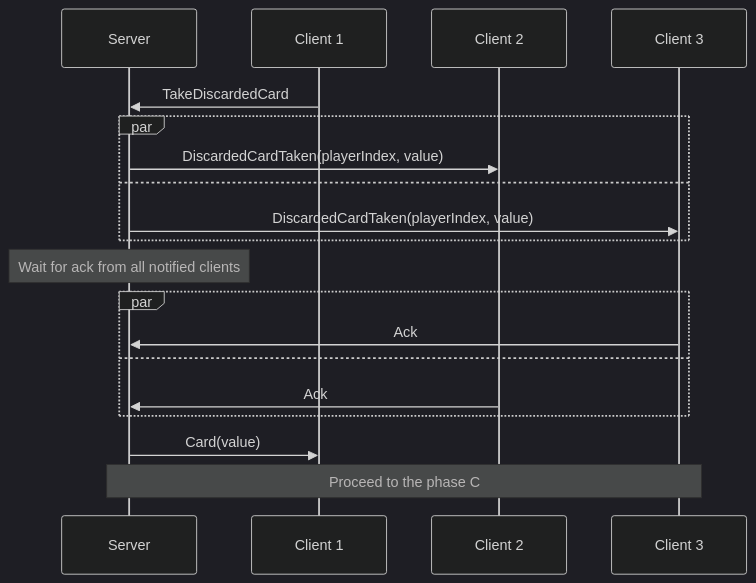
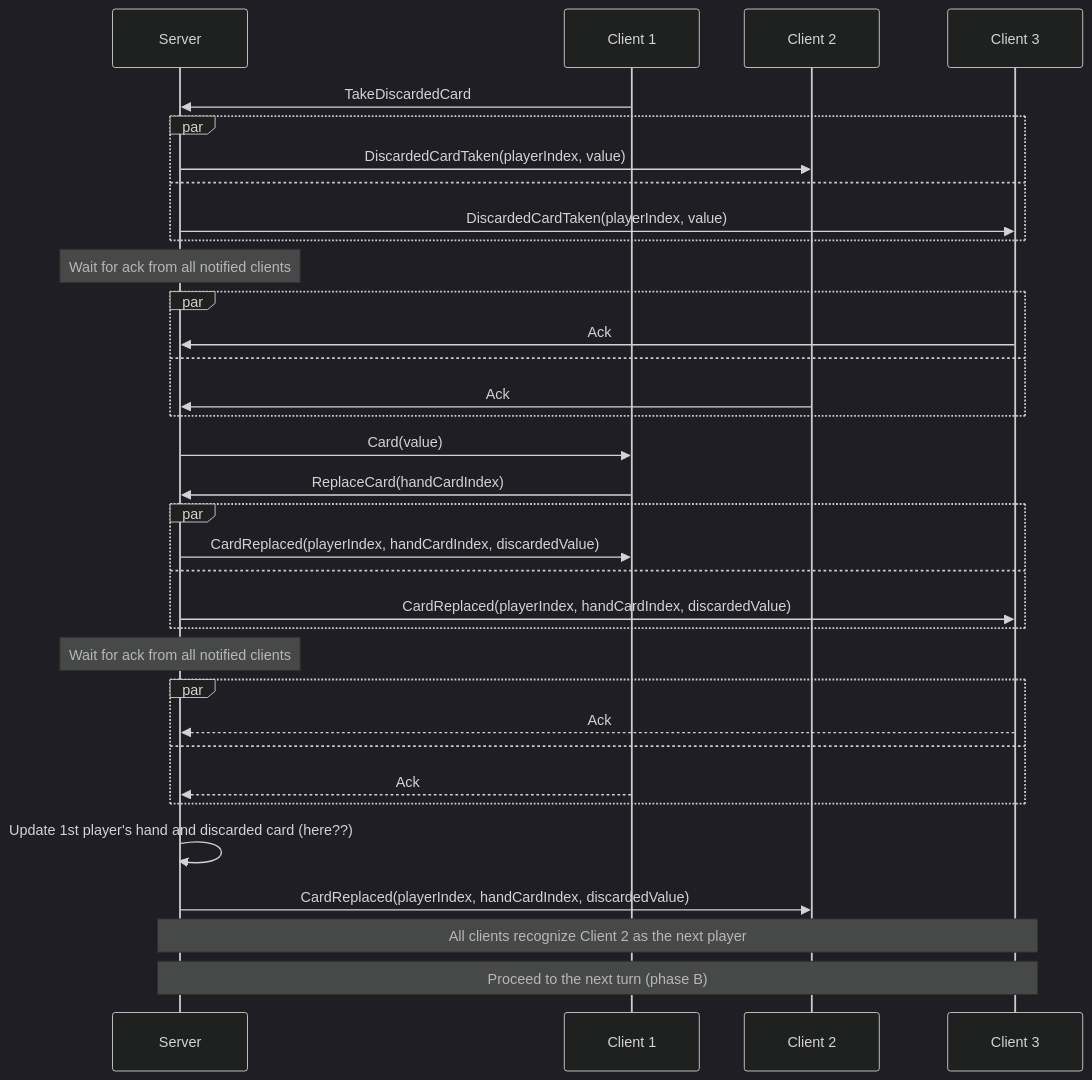
The third of 13 diagrams in README.md (roman-zubarevich/another), drawn with Mermaid (dark theme) before and after one commit. The commit also changed other lines of this file, not shown here.

````diff
--- a/README.md
+++ b/README.md
@@ -71,21 +72,36 @@
 ```mermaid
 sequenceDiagram
     participant S as Server
     participant C1 as Client 1
     participant C2 as Client 2
     participant C3 as Client 3
     C1->>S: TakeDiscardedCard
     par
         S->>C2: DiscardedCardTaken(playerIndex, value)
     and
         S->>C3: DiscardedCardTaken(playerIndex, value)
     end
     Note over S: Wait for ack from all notified clients
     par
         C3->>S: Ack
     and
         C2->>S: Ack
     end
     S->>C1: Card(value)
-    Note over S,C3: Proceed to the phase C
+    C1->>S: ReplaceCard(handCardIndex)
+    par
+        S->>C1: CardReplaced(playerIndex, handCardIndex, discardedValue)
+    and
+        S->>C3: CardReplaced(playerIndex, handCardIndex, discardedValue)
+    end
+    Note over S: Wait for ack from all notified clients
+    par
+        C3-->>S: Ack
+    and
+        C1-->>S: Ack
+    end
+    S->>S: Update 1st player's hand and discarded card (here??)
+    S->>C2: CardReplaced(playerIndex, handCardIndex, discardedValue)
+    Note over S,C3: All clients recognize Client 2 as the next player
+    Note over S,C3: Proceed to the next turn (phase B)
 ```
````
